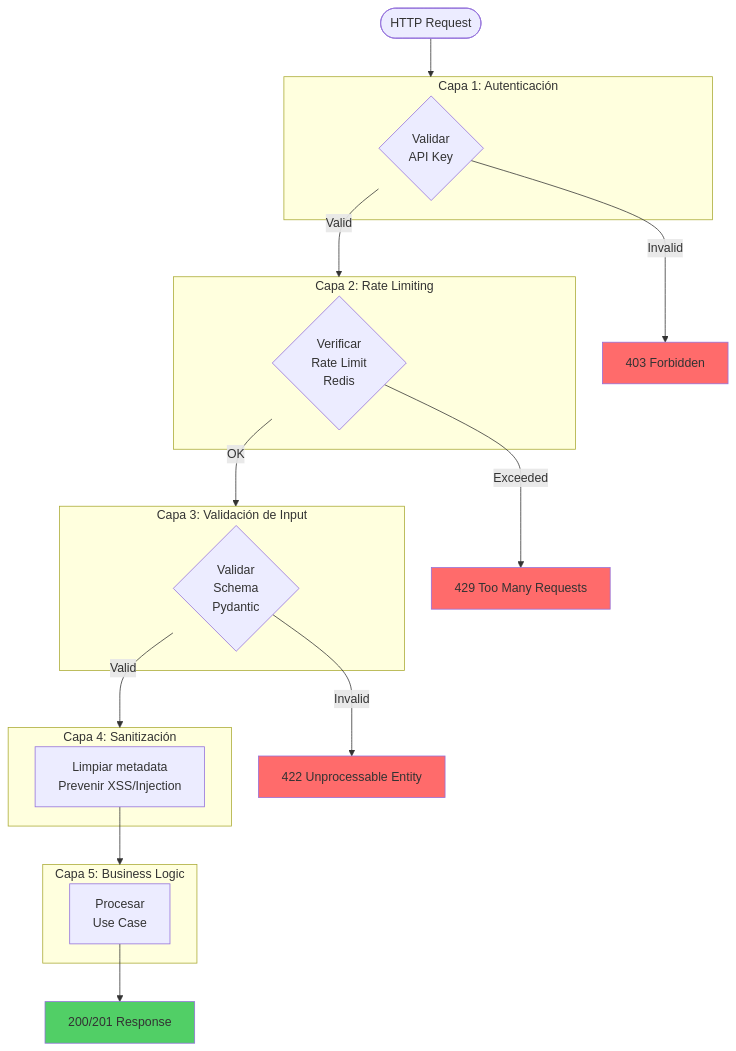
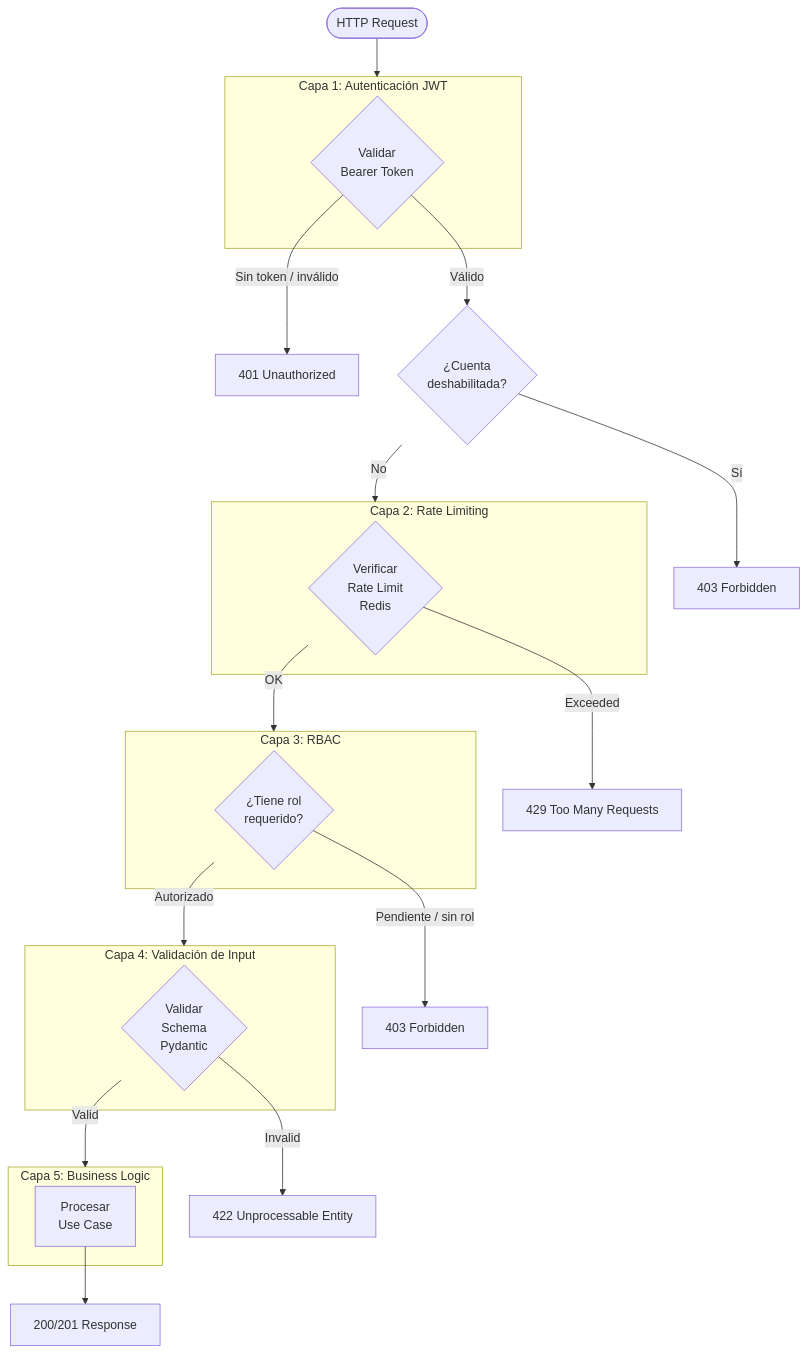
One commit to abyssorcdev/duppla changed diagram 14 of 16 in docs/project_design.md. Above: the diagram before and after it, drawn with Mermaid. The commit also changed other lines of this file, not shown here.

````diff
--- a/docs/project_design.md
+++ b/docs/project_design.md
@@ -673,42 +690,42 @@
 ```mermaid
 flowchart TB
-    Request([HTTP Request]) --> Layer1
+    Request(["HTTP Request"]) --> Layer1
 
-    subgraph Layer1[Capa 1: Autenticación]
-        CheckAPIKey{Validar<br/>API Key}
+    subgraph Layer1["Capa 1: Autenticación JWT"]
+        CheckJWT{"Validar<br/>Bearer Token"}
     end
 
-    CheckAPIKey -->|Invalid| Reject1[403 Forbidden]
-    CheckAPIKey -->|Valid| Layer2
+    CheckJWT -->|"Sin token / inválido"| Reject1["401 Unauthorized"]
+    CheckJWT -->|"Válido"| CheckDisabled
 
-    subgraph Layer2[Capa 2: Rate Limiting]
-        CheckRate{Verificar<br/>Rate Limit<br/>Redis}
+    CheckDisabled{"¿Cuenta<br/>deshabilitada?"}
+    CheckDisabled -->|"Sí"| Reject1b["403 Forbidden"]
+    CheckDisabled -->|"No"| Layer2
+
+    subgraph Layer2["Capa 2: Rate Limiting"]
+        CheckRate{"Verificar<br/>Rate Limit<br/>Redis"}
     end
 
-    CheckRate -->|Exceeded| Reject2[429 Too Many Requests]
-    CheckRate -->|OK| Layer3
+    CheckRate -->|"Exceeded"| Reject2["429 Too Many Requests"]
+    CheckRate -->|"OK"| Layer3
 
-    subgraph Layer3[Capa 3: Validación de Input]
-        ValidateInput{Validar<br/>Schema<br/>Pydantic}
+    subgraph Layer3["Capa 3: RBAC"]
+        CheckRole{"¿Tiene rol<br/>requerido?"}
     end
 
-    ValidateInput -->|Invalid| Reject3[422 Unprocessable Entity]
-    ValidateInput -->|Valid| Layer4
+    CheckRole -->|"Pendiente / sin rol"| Reject3["403 Forbidden"]
+    CheckRole -->|"Autorizado"| Layer4
 
-    subgraph Layer4[Capa 4: Sanitización]
-        Sanitize[Limpiar metadata<br/>Prevenir XSS/Injection]
+    subgraph Layer4["Capa 4: Validación de Input"]
+        ValidateInput{"Validar<br/>Schema<br/>Pydantic"}
     end
 
-    Sanitize --> Layer5
+    ValidateInput -->|"Invalid"| Reject4["422 Unprocessable Entity"]
+    ValidateInput -->|"Valid"| Layer5
 
-    subgraph Layer5[Capa 5: Business Logic]
-        ProcessRequest[Procesar<br/>Use Case]
+    subgraph Layer5["Capa 5: Business Logic"]
+        ProcessRequest["Procesar<br/>Use Case"]
     end
 
-    ProcessRequest --> Success[200/201 Response]
-
-    style Reject1 fill:#ff6b6b
-    style Reject2 fill:#ff6b6b
-    style Reject3 fill:#ff6b6b
-    style Success fill:#51cf66
+    ProcessRequest --> Success["200/201 Response"]
 ```
````
